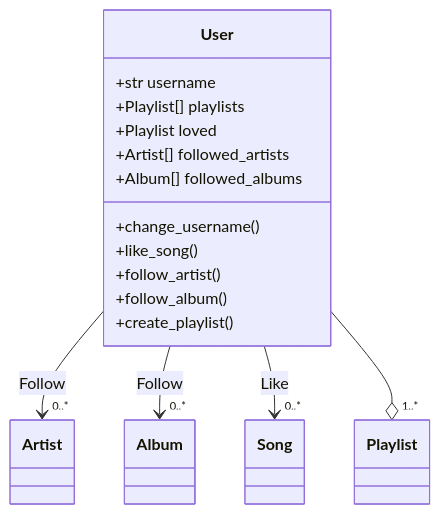
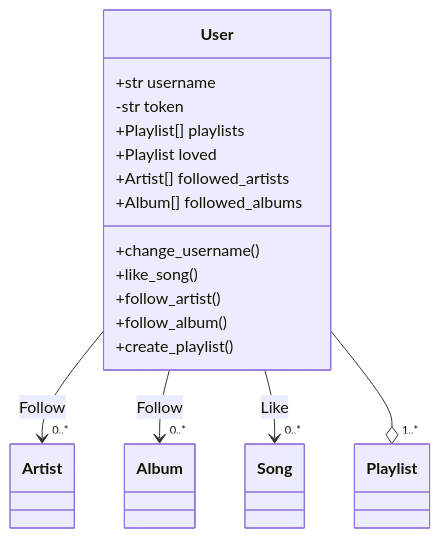
One commit to Darth-218/FTC-Music-Player changed the second of 2 diagrams in class_diagrams.md. Above: the diagram before and after it, drawn with Mermaid. The commit also changed other lines of this file, not shown here.

````diff
--- a/class_diagrams.md
+++ b/class_diagrams.md
@@ -27,19 +35,20 @@
 ```mermaid
 classDiagram
 class User {
     +str        username
+    -str        token
     +Playlist[] playlists
     +Playlist   loved
     +Artist[]   followed_artists
     +Album[]    followed_albums
     +change_username()
     +like_song()
     +follow_artist()
     +follow_album()
     +create_playlist()
 }
 User --> "0..*" Artist : Follow
 User --> "0..*" Album  : Follow
 User --> "0..*" Song   : Like
 User --o "1..*" Playlist
 ```
````
